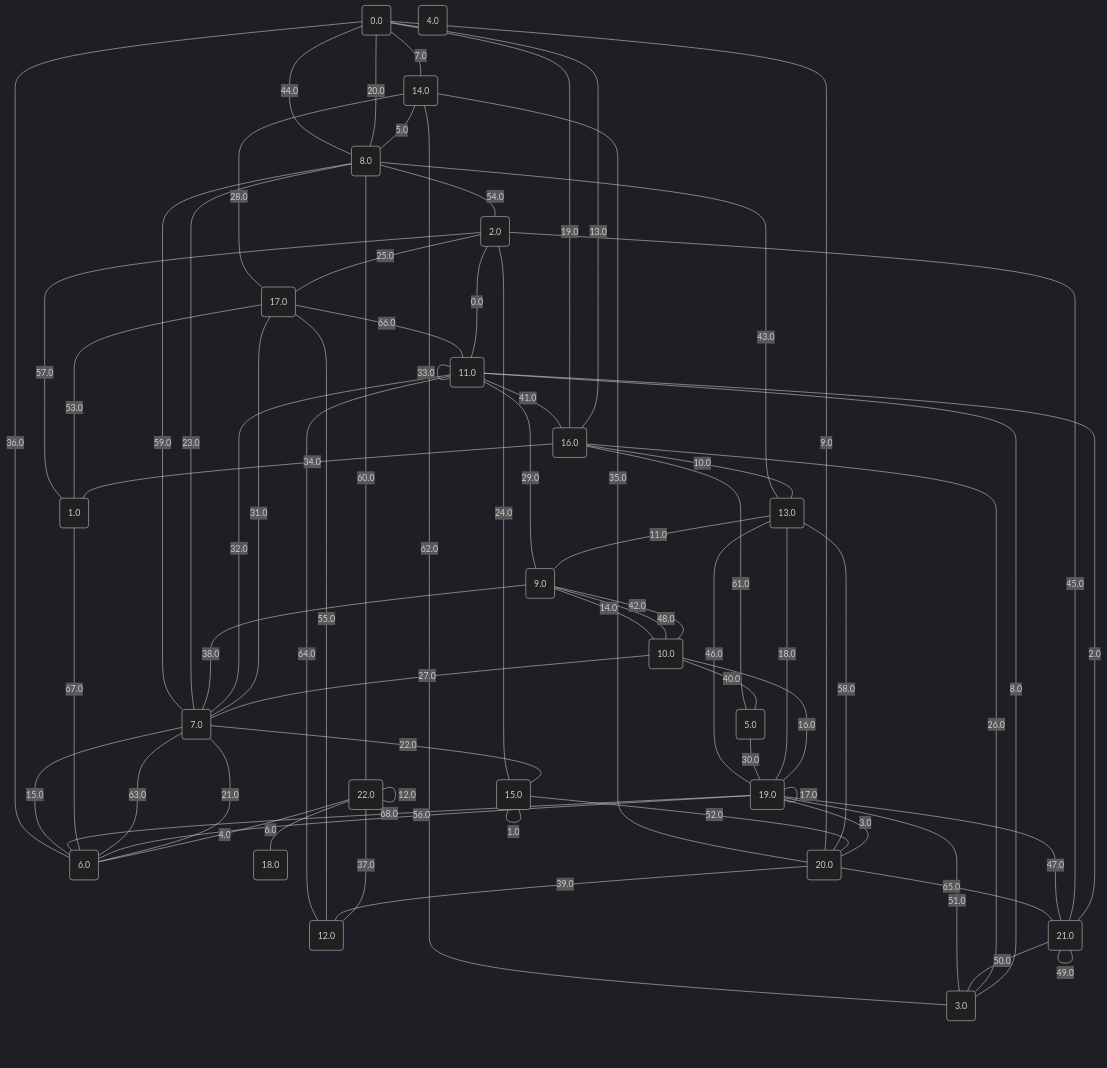
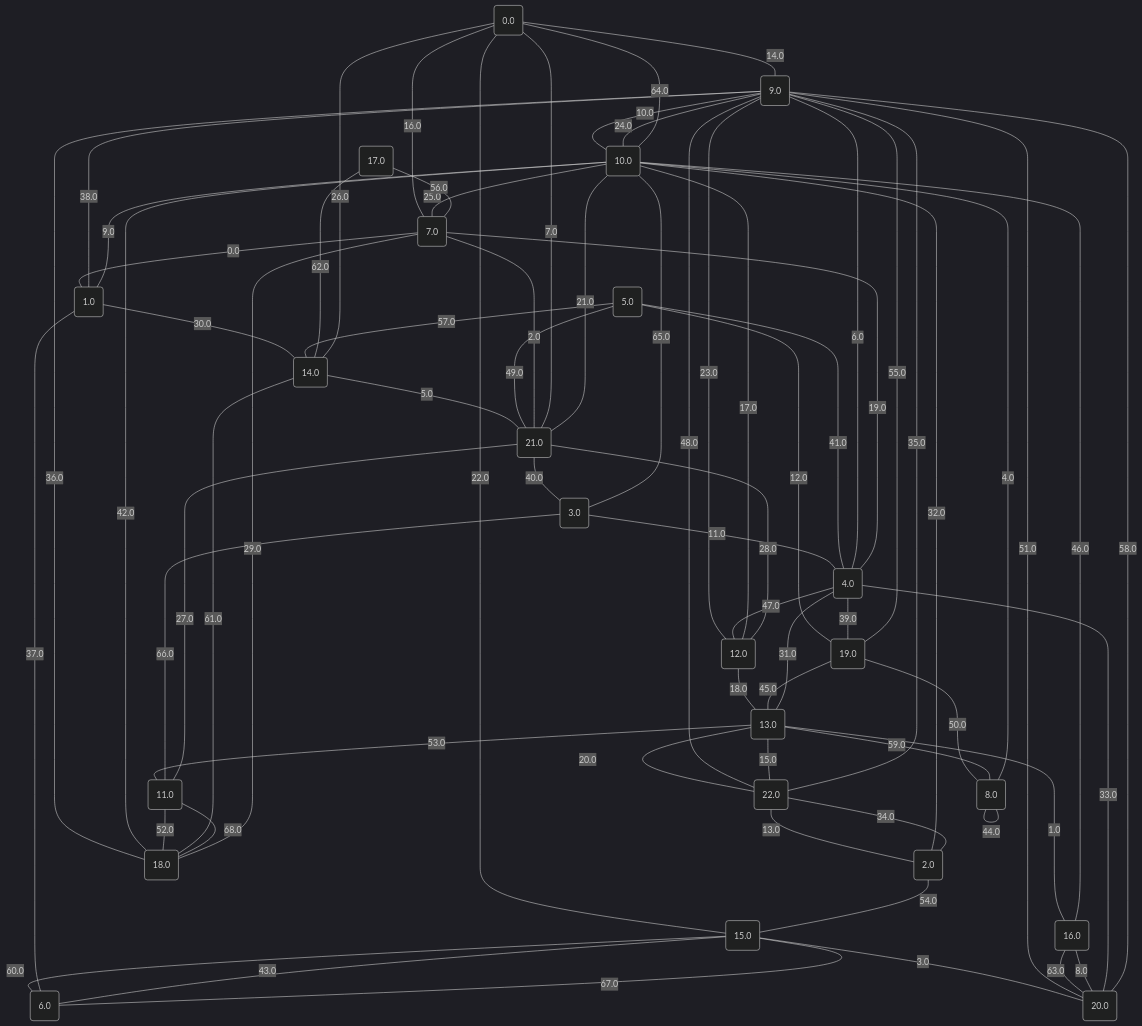
The diagram in project/src/testing/graphs/18.md (metury/graphs), drawn with Mermaid (dark theme) before and after one commit. The commit also changed 27 other files, not shown here.

````diff
--- a/project/src/testing/graphs/18.md
+++ b/project/src/testing/graphs/18.md
@@ -23,73 +23,73 @@
 20("20.0");
 21("21.0");
 22("22.0");
-	2 -- "0.0" --- 11;
-	15 -- "1.0" --- 15;
-	11 -- "2.0" --- 21;
-	19 -- "3.0" --- 20;
-	22 -- "4.0" --- 6;
-	14 -- "5.0" --- 8;
-	22 -- "6.0" --- 18;
-	0 -- "7.0" --- 14;
-	11 -- "8.0" --- 3;
-	20 -- "9.0" --- 0;
-	16 -- "10.0" --- 13;
-	13 -- "11.0" --- 9;
-	22 -- "12.0" --- 22;
-	0 -- "13.0" --- 16;
-	10 -- "14.0" --- 9;
-	6 -- "15.0" --- 7;
-	10 -- "16.0" --- 19;
-	19 -- "17.0" --- 19;
-	13 -- "18.0" --- 19;
-	0 -- "19.0" --- 16;
-	8 -- "20.0" --- 0;
-	7 -- "21.0" --- 6;
-	7 -- "22.0" --- 15;
-	7 -- "23.0" --- 8;
-	15 -- "24.0" --- 2;
-	2 -- "25.0" --- 17;
-	16 -- "26.0" --- 3;
-	10 -- "27.0" --- 7;
-	14 -- "28.0" --- 17;
-	11 -- "29.0" --- 9;
-	5 -- "30.0" --- 19;
-	17 -- "31.0" --- 7;
-	11 -- "32.0" --- 7;
-	11 -- "33.0" --- 11;
-	16 -- "34.0" --- 1;
-	20 -- "35.0" --- 14;
-	6 -- "36.0" --- 0;
-	22 -- "37.0" --- 12;
-	9 -- "38.0" --- 7;
-	20 -- "39.0" --- 12;
-	10 -- "40.0" --- 5;
-	11 -- "41.0" --- 16;
-	9 -- "42.0" --- 10;
-	13 -- "43.0" --- 8;
-	8 -- "44.0" --- 0;
-	2 -- "45.0" --- 21;
-	13 -- "46.0" --- 19;
-	19 -- "47.0" --- 21;
-	9 -- "48.0" --- 10;
-	21 -- "49.0" --- 21;
-	21 -- "50.0" --- 3;
-	19 -- "51.0" --- 3;
-	15 -- "52.0" --- 20;
-	17 -- "53.0" --- 1;
-	8 -- "54.0" --- 2;
-	17 -- "55.0" --- 12;
-	19 -- "56.0" --- 6;
-	2 -- "57.0" --- 1;
-	13 -- "58.0" --- 20;
-	7 -- "59.0" --- 8;
-	8 -- "60.0" --- 22;
-	16 -- "61.0" --- 5;
-	3 -- "62.0" --- 14;
-	7 -- "63.0" --- 6;
-	12 -- "64.0" --- 11;
-	20 -- "65.0" --- 21;
-	17 -- "66.0" --- 11;
-	1 -- "67.0" --- 6;
-	19 -- "68.0" --- 6;
+	7 -- "0.0" --- 1;
+	13 -- "1.0" --- 16;
+	21 -- "2.0" --- 7;
+	15 -- "3.0" --- 20;
+	8 -- "4.0" --- 10;
+	14 -- "5.0" --- 21;
+	4 -- "6.0" --- 9;
+	21 -- "7.0" --- 0;
+	20 -- "8.0" --- 16;
+	1 -- "9.0" --- 10;
+	9 -- "10.0" --- 10;
+	3 -- "11.0" --- 4;
+	5 -- "12.0" --- 19;
+	22 -- "13.0" --- 2;
+	0 -- "14.0" --- 9;
+	22 -- "15.0" --- 13;
+	0 -- "16.0" --- 7;
+	12 -- "17.0" --- 10;
+	12 -- "18.0" --- 13;
+	4 -- "19.0" --- 7;
+	13 -- "20.0" --- 22;
+	21 -- "21.0" --- 10;
+	0 -- "22.0" --- 15;
+	9 -- "23.0" --- 12;
+	10 -- "24.0" --- 9;
+	10 -- "25.0" --- 7;
+	14 -- "26.0" --- 0;
+	11 -- "27.0" --- 21;
+	12 -- "28.0" --- 21;
+	18 -- "29.0" --- 7;
+	1 -- "30.0" --- 14;
+	13 -- "31.0" --- 4;
+	10 -- "32.0" --- 2;
+	20 -- "33.0" --- 4;
+	22 -- "34.0" --- 2;
+	22 -- "35.0" --- 9;
+	9 -- "36.0" --- 18;
+	6 -- "37.0" --- 1;
+	9 -- "38.0" --- 1;
+	4 -- "39.0" --- 19;
+	21 -- "40.0" --- 3;
+	5 -- "41.0" --- 4;
+	10 -- "42.0" --- 18;
+	6 -- "43.0" --- 15;
+	8 -- "44.0" --- 8;
+	19 -- "45.0" --- 13;
+	16 -- "46.0" --- 10;
+	4 -- "47.0" --- 12;
+	9 -- "48.0" --- 22;
+	5 -- "49.0" --- 21;
+	19 -- "50.0" --- 8;
+	9 -- "51.0" --- 20;
+	11 -- "52.0" --- 18;
+	13 -- "53.0" --- 11;
+	2 -- "54.0" --- 15;
+	19 -- "55.0" --- 9;
+	17 -- "56.0" --- 7;
+	5 -- "57.0" --- 14;
+	20 -- "58.0" --- 9;
+	13 -- "59.0" --- 8;
+	15 -- "60.0" --- 6;
+	14 -- "61.0" --- 18;
+	17 -- "62.0" --- 14;
+	16 -- "63.0" --- 20;
+	10 -- "64.0" --- 0;
+	10 -- "65.0" --- 3;
+	3 -- "66.0" --- 11;
+	6 -- "67.0" --- 15;
+	11 -- "68.0" --- 18;
 ```
````
